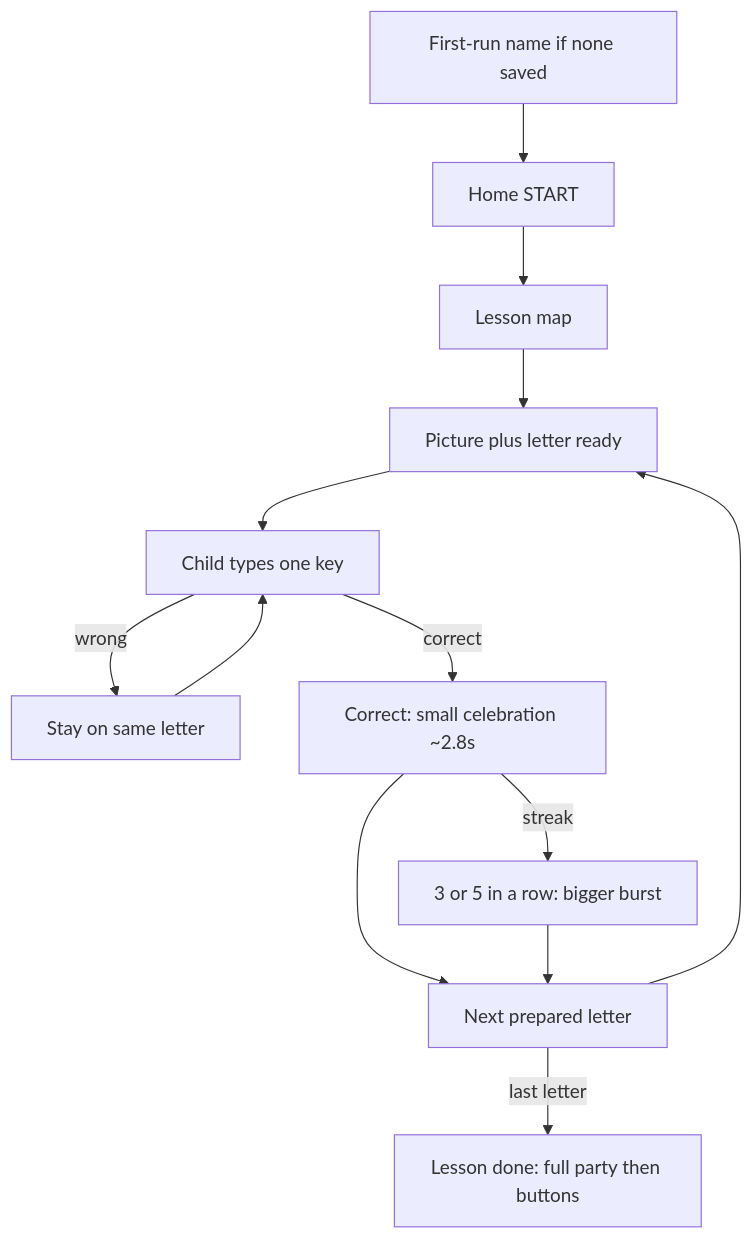
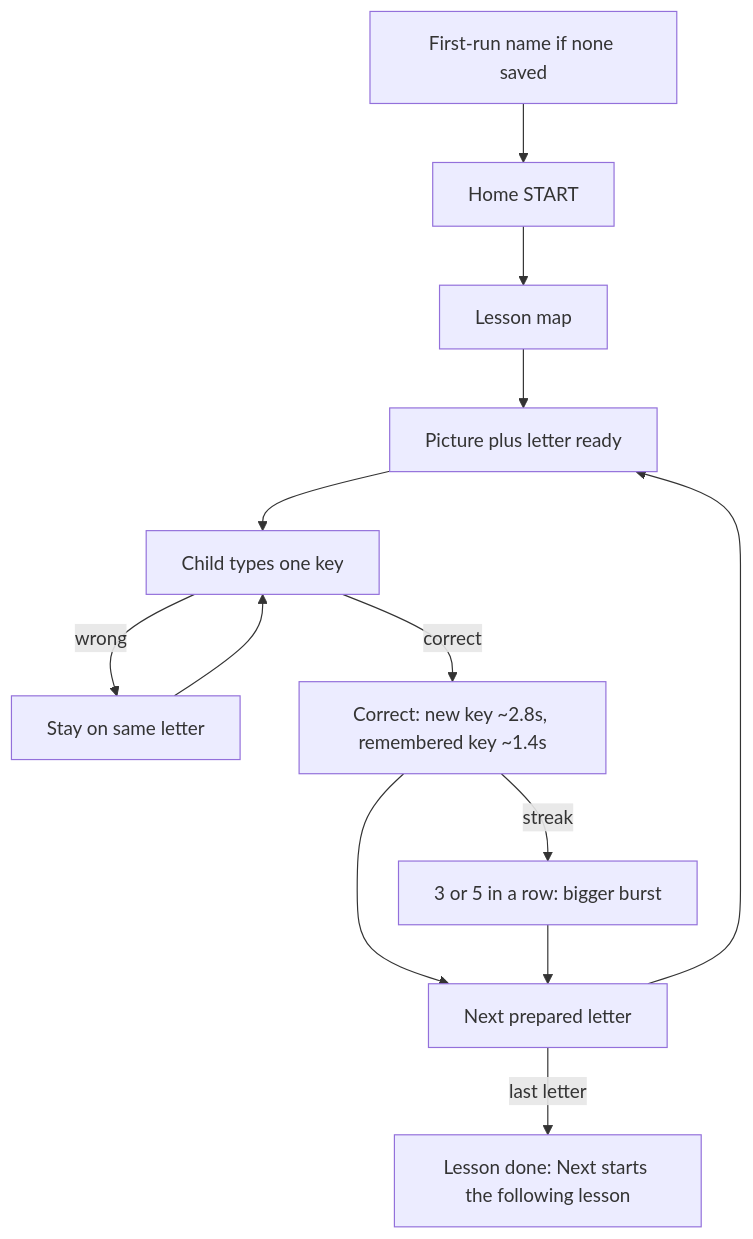
One commit to sajjadmurtaza/keyboard-adventure changed the diagram in README.md. Above: the diagram before and after it, drawn with Mermaid. The commit also changed other lines of this file and 15 other files, not shown here.

````diff
--- a/README.md
+++ b/README.md
@@ -47,18 +47,18 @@
 ```mermaid
 flowchart TD
   name[First-run name if none saved]
   home[Home START]
   map[Lesson map]
   prep[Picture plus letter ready]
   type[Child types one key]
   wrong[Stay on same letter]
-  win[Correct: small celebration ~2.8s]
+  win[Correct: new key ~2.8s, remembered key ~1.4s]
   streak[3 or 5 in a row: bigger burst]
   next[Next prepared letter]
-  party[Lesson done: full party then buttons]
+  party[Lesson done: Next starts the following lesson]
   name --> home --> map --> prep --> type
   type -->|wrong| wrong --> type
   type -->|correct| win --> next --> prep
   win -->|streak| streak --> next
   next -->|last letter| party
 ```
````
